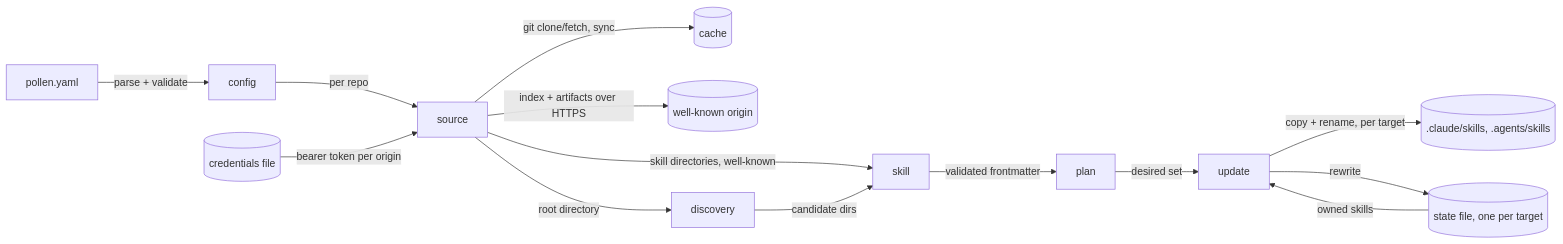
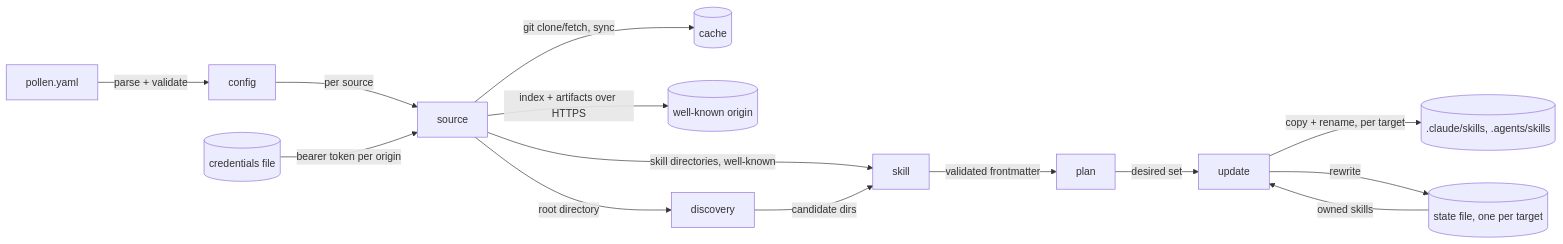
One commit to groupbees/pollen changed the diagram in ARCHITECTURE.md. Above: the diagram before and after it, drawn with Mermaid. The commit also changed other lines of this file and 6 other files, not shown here.

````diff
--- a/ARCHITECTURE.md
+++ b/ARCHITECTURE.md
@@ -15,16 +15,16 @@
 ```mermaid
 flowchart LR
-    yaml[pollen.yaml] -->|parse + validate| config[config]
-    config -->|per repo| source[source]
-    source -->|git clone/fetch, sync| cache[(cache)]
-    source -->|index + artifacts over HTTPS| origin[(well-known origin)]
-    credentials[(credentials file)] -->|bearer token per origin| source
-    source -->|root directory| discovery[discovery]
-    source -->|skill directories, well-known| skill[skill]
-    discovery -->|candidate dirs| skill
-    skill -->|validated frontmatter| plan[plan]
-    plan -->|desired set| update[update]
-    state[(state file, one per target)] -->|owned skills| update
-    update -->|copy + rename, per target| target[(.claude/skills, .agents/skills)]
-    update -->|rewrite| state
+    yaml["pollen.yaml"] -->|"parse + validate"| config["config"]
+    config -->|"per source"| source["source"]
+    source -->|"git clone/fetch, sync"| cache[("cache")]
+    source -->|"index + artifacts over HTTPS"| origin[("well-known origin")]
+    credentials[("credentials file")] -->|"bearer token per origin"| source
+    source -->|"root directory"| discovery["discovery"]
+    source -->|"skill directories, well-known"| skill["skill"]
+    discovery -->|"candidate dirs"| skill
+    skill -->|"validated frontmatter"| plan["plan"]
+    plan -->|"desired set"| update["update"]
+    state[("state file, one per target")] -->|"owned skills"| update
+    update -->|"copy + rename, per target"| target[(".claude/skills, .agents/skills")]
+    update -->|"rewrite"| state
 ```
````
